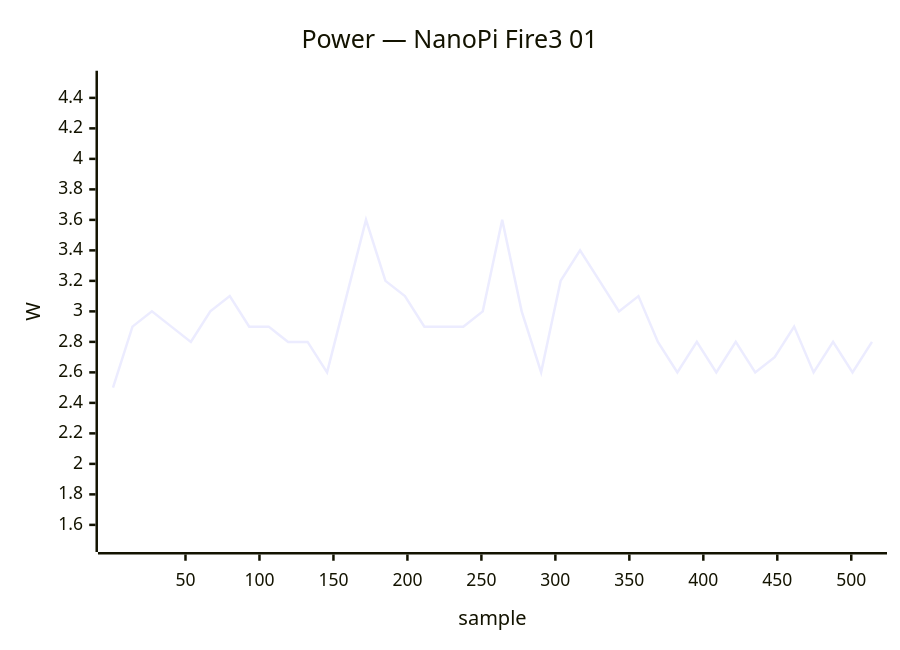
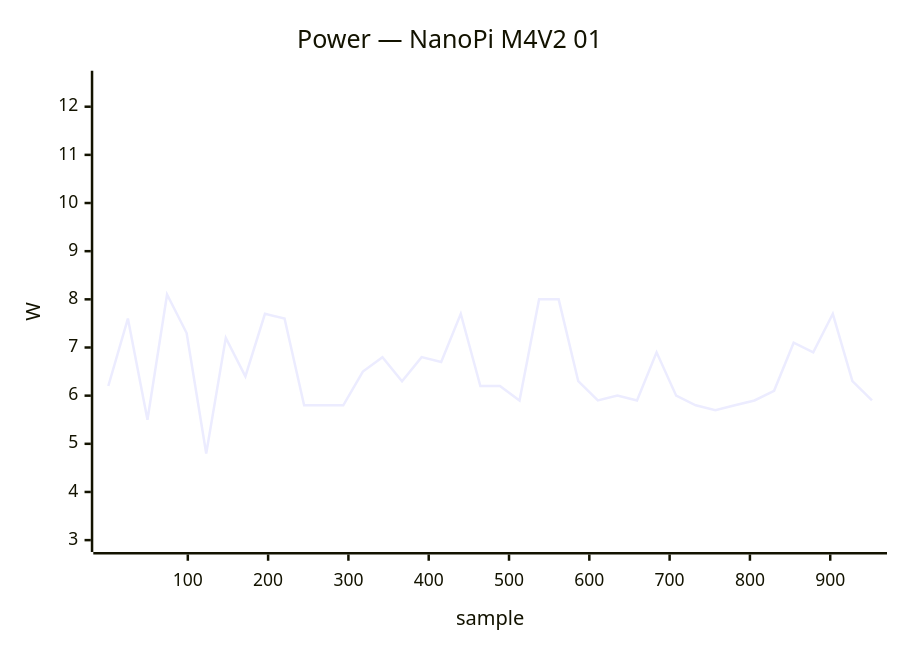
Diagram 22 of 40 in docs/status/board-tests.md (armbian/documentation), drawn with Mermaid before and after one commit. The commit also changed other lines of this file, not shown here.

````diff
--- a/docs/status/board-tests.md
+++ b/docs/status/board-tests.md
@@ -733,7 +1021,7 @@
 ```mermaid
 xychart-beta
-    title "Power — NanoPi Fire3 01"
-    x-axis "sample" 1 --> 514
-    y-axis "W" 1.5 --> 4.5
-    line [2.5, 2.9, 3.0, 2.9, 2.8, 3.0, 3.1, 2.9, 2.9, 2.8, 2.8, 2.6, 3.1, 3.6, 3.2, 3.1, 2.9, 2.9, 2.9, 3.0, 3.6, 3.0, 2.6, 3.2, 3.4, 3.2, 3.0, 3.1, 2.8, 2.6, 2.8, 2.6, 2.8, 2.6, 2.7, 2.9, 2.6, 2.8, 2.6, 2.8]
+    title "Power — NanoPi M4V2 01"
+    x-axis "sample" 1 --> 952
+    y-axis "W" 3.0 --> 12.5
+    line [6.2, 7.6, 5.5, 8.1, 7.3, 4.8, 7.2, 6.4, 7.7, 7.6, 5.8, 5.8, 5.8, 6.5, 6.8, 6.3, 6.8, 6.7, 7.7, 6.2, 6.2, 5.9, 8.0, 8.0, 6.3, 5.9, 6.0, 5.9, 6.9, 6.0, 5.8, 5.7, 5.8, 5.9, 6.1, 7.1, 6.9, 7.7, 6.3, 5.9]
 ```
````
